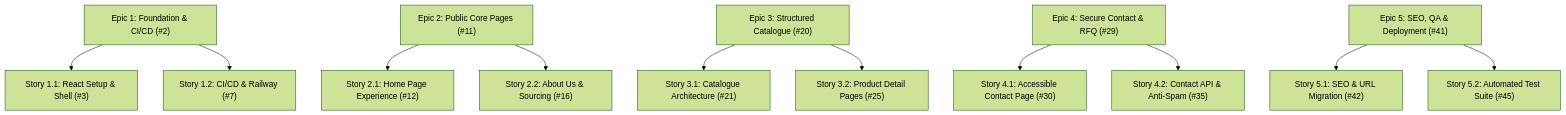
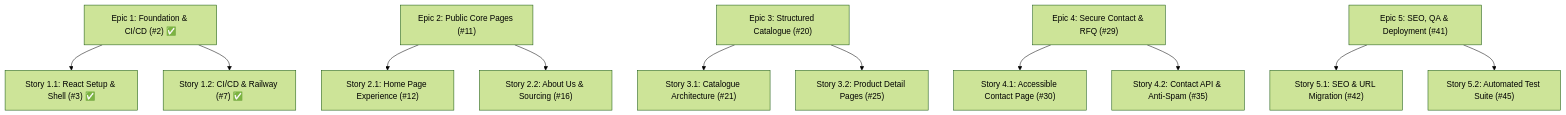
Before and after one commit to sirajpasha/Jayimpex: the diagram in docs/BACKLOG.md, drawn with Mermaid (forest theme). The commit also changed other lines of this file and 89 other files, not shown here.

First line of the commit message:
feat(phase-1): bootstrap Next.js foundation, site shell, CI/CD and security baseline

````diff
--- a/docs/BACKLOG.md
+++ b/docs/BACKLOG.md
@@ -29,17 +29,17 @@
 ```mermaid
 graph TD
-    E1["Epic 1: Foundation & CI/CD (#2)"] --> S11["Story 1.1: React Setup & Shell (#3)"]
-    E1 --> S12["Story 1.2: CI/CD & Railway (#7)"]
+    E1["Epic 1: Foundation & CI/CD (#2) ✅"] --> S11["Story 1.1: React Setup & Shell (#3) ✅"]
+    E1 --> S12["Story 1.2: CI/CD & Railway (#7) ✅"]
     
     E2["Epic 2: Public Core Pages (#11)"] --> S21["Story 2.1: Home Page Experience (#12)"]
     E2 --> S22["Story 2.2: About Us & Sourcing (#16)"]
     
     E3["Epic 3: Structured Catalogue (#20)"] --> S31["Story 3.1: Catalogue Architecture (#21)"]
     E3 --> S32["Story 3.2: Product Detail Pages (#25)"]
     
     E4["Epic 4: Secure Contact & RFQ (#29)"] --> S41["Story 4.1: Accessible Contact Page (#30)"]
     E4 --> S42["Story 4.2: Contact API & Anti-Spam (#35)"]
     
     E5["Epic 5: SEO, QA & Deployment (#41)"] --> S51["Story 5.1: SEO & URL Migration (#42)"]
     E5 --> S52["Story 5.2: Automated Test Suite (#45)"]
 ```
````
